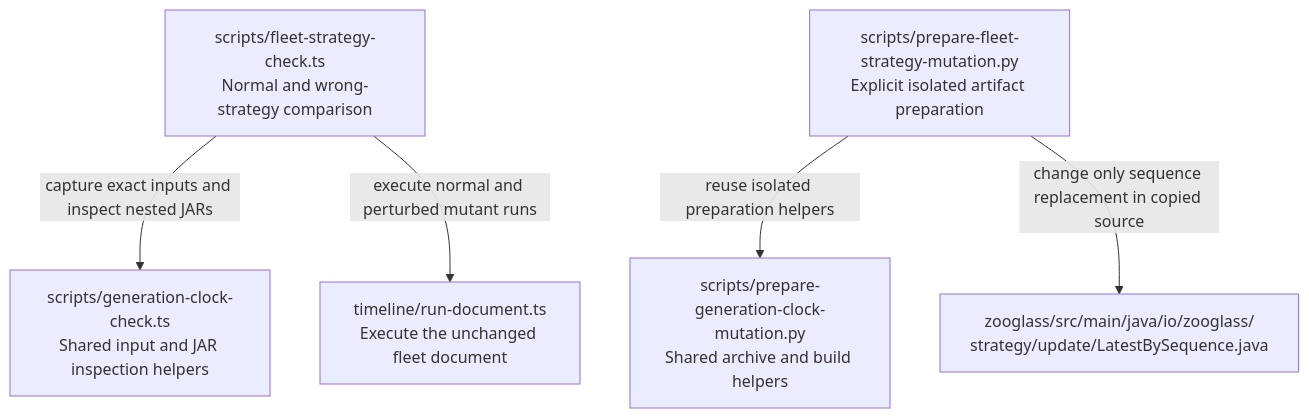
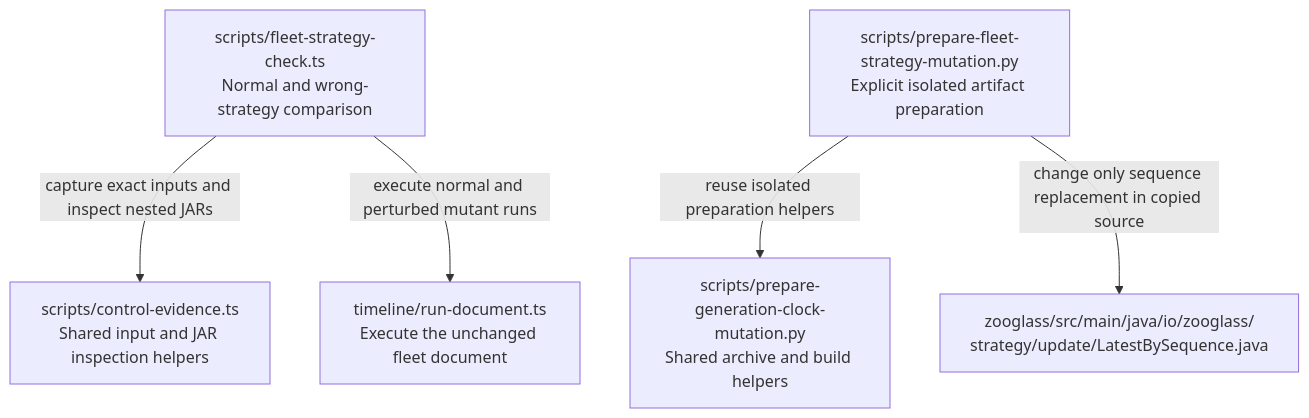
Diagram 37 of 53 in workbench/docs/source-map.md (sproates/zooglass), drawn with Mermaid before and after one commit. The commit also changed other lines of this file and 9 other files, not shown here.

Commit message:
Separate shared control evidence from clock qualification

````diff
--- a/workbench/docs/source-map.md
+++ b/workbench/docs/source-map.md
@@ -1017,13 +1023,13 @@
 ```mermaid
 flowchart TB
   control["scripts/fleet-strategy-check.ts<br/>Normal and wrong-strategy comparison"]
-  helpers["scripts/generation-clock-check.ts<br/>Shared input and JAR inspection helpers"]
+  helpers["scripts/control-evidence.ts<br/>Shared input and JAR inspection helpers"]
   execution["timeline/run-document.ts<br/>Execute the unchanged fleet document"]
   prepare["scripts/prepare-fleet-strategy-mutation.py<br/>Explicit isolated artifact preparation"]
   preparation["scripts/prepare-generation-clock-mutation.py<br/>Shared archive and build helpers"]
   strategy["zooglass/src/main/java/io/zooglass/<br/>strategy/update/LatestBySequence.java"]
   control -->|capture exact inputs and inspect nested JARs| helpers
   control -->|execute normal and perturbed mutant runs| execution
   prepare -->|reuse isolated preparation helpers| preparation
   prepare -->|change only sequence replacement in copied source| strategy
 ```
````
